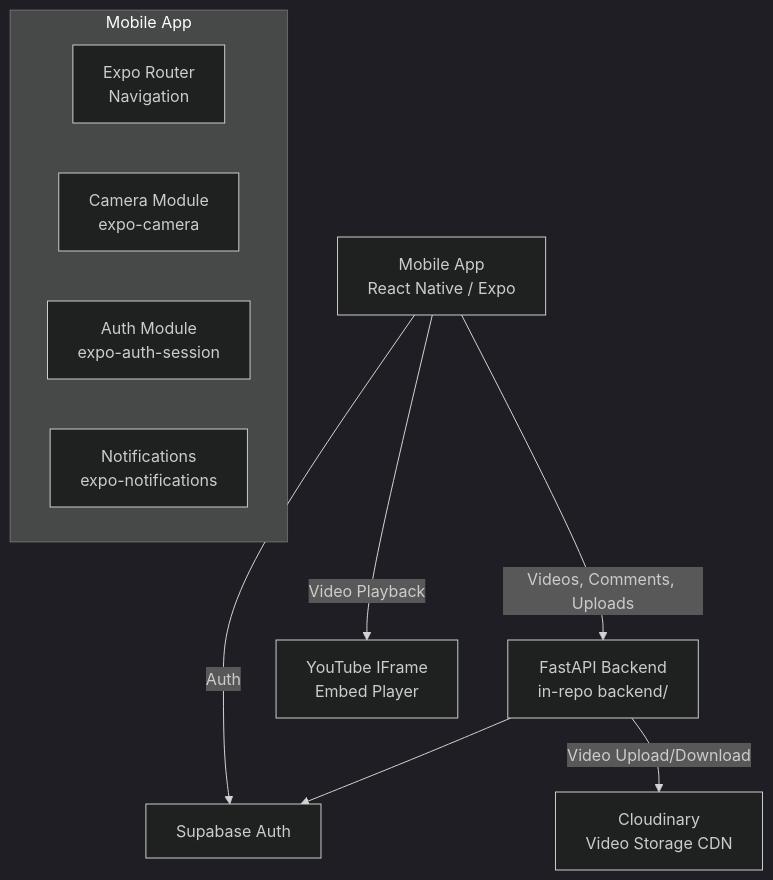
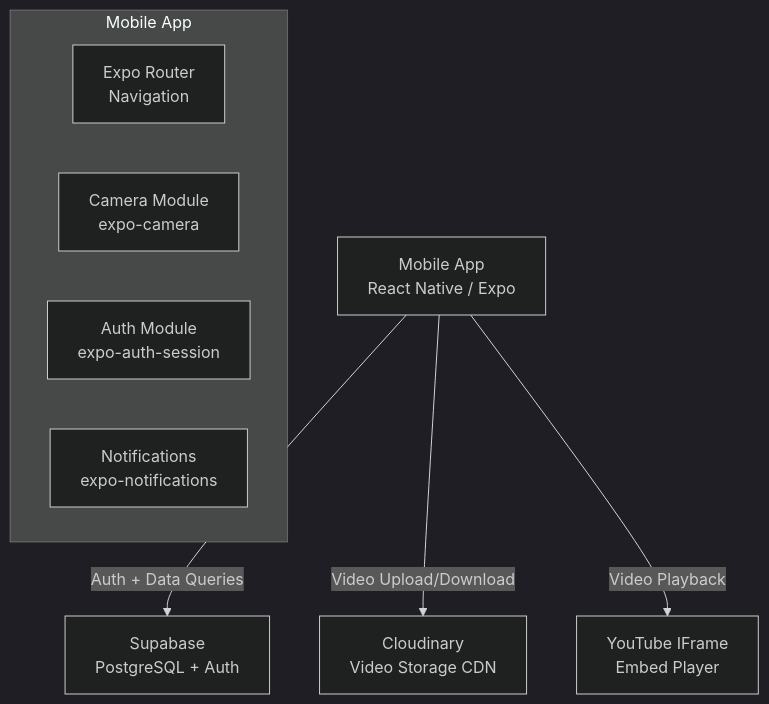
One commit to DarshanKumarDoddi/video-comment-application changed the diagram in architecture.md. Above: the diagram before and after it, drawn with Mermaid (dark theme). The commit also changed other lines of this file and 24 other files, not shown here.

````diff
--- a/architecture.md
+++ b/architecture.md
@@ -33,15 +33,13 @@
 ```mermaid
 graph TD
-    A[Mobile App<br/>React Native / Expo] -->|Videos, Comments, Uploads| B[FastAPI Backend<br/>in-repo backend/]
-    A -->|Auth| S[Supabase Auth]
-    B --> S
-    B -->|Video Upload/Download| C[Cloudinary<br/>Video Storage CDN]
+    A[Mobile App<br/>React Native / Expo] -->|Auth + Data Queries| B[Supabase<br/>PostgreSQL + Auth]
+    A -->|Video Upload/Download| C[Cloudinary<br/>Video Storage CDN]
     A -->|Video Playback| D[YouTube IFrame<br/>Embed Player]
 
     subgraph Mobile App
         E[Expo Router<br/>Navigation]
         F[Camera Module<br/>expo-camera]
         G[Auth Module<br/>expo-auth-session]
         H[Notifications<br/>expo-notifications]
     end
 ```
````
